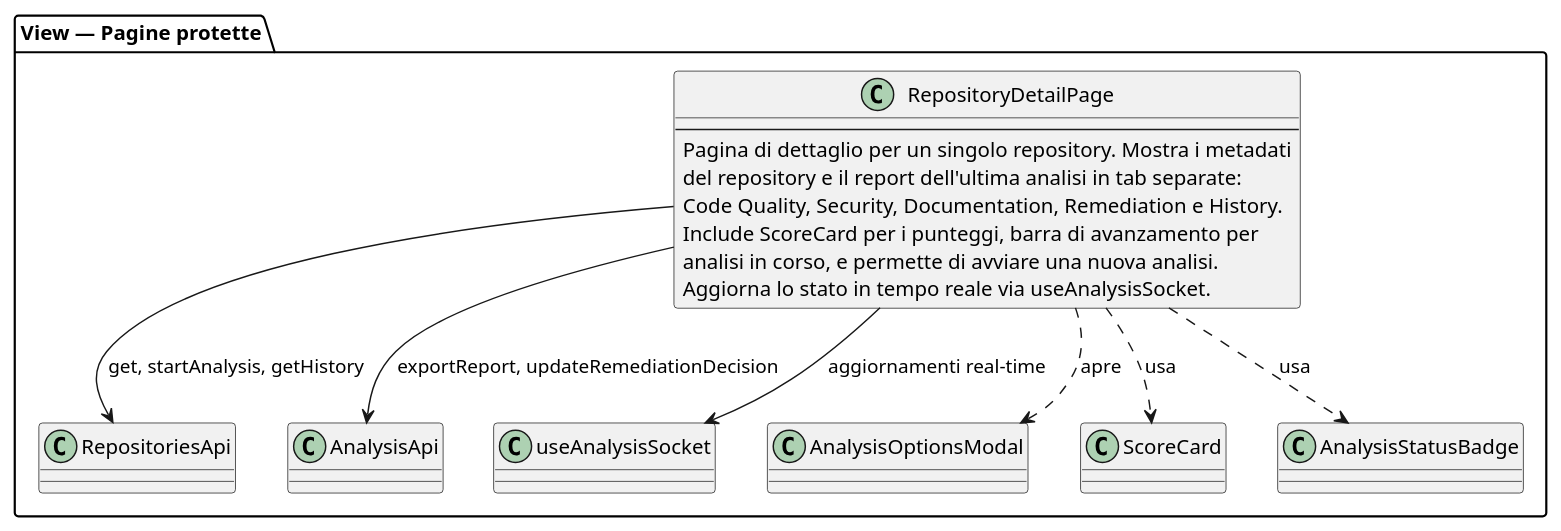
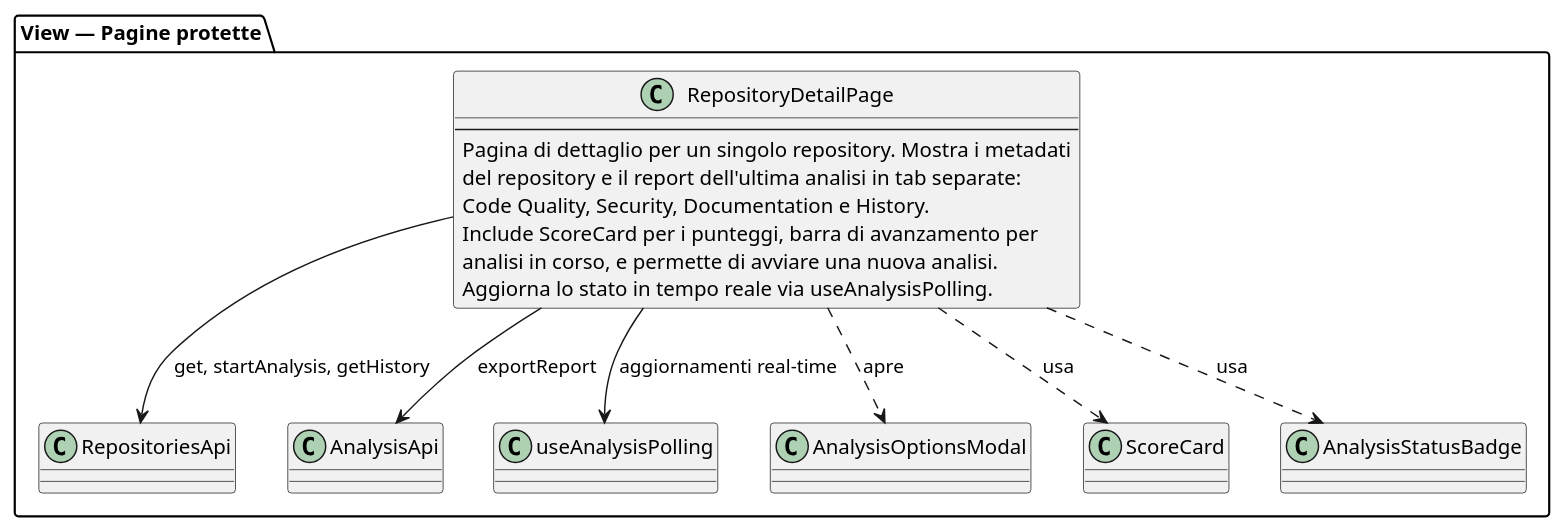
One commit to SkarabGroup/DocumentazioneProgetto changed the diagram in assets/st_diagrams/code/frontend/pages/repository_detail_page.plantuml. Above: the diagram before and after it, drawn with PlantUML. The commit also changed 15 other files, not shown here.

```diff
--- a/assets/st_diagrams/code/frontend/pages/repository_detail_page.plantuml
+++ b/assets/st_diagrams/code/frontend/pages/repository_detail_page.plantuml
@@ -1,20 +1,20 @@
 @startuml
 package "View — Pagine protette" {
   class RepositoryDetailPage {
     --
     Pagina di dettaglio per un singolo repository. Mostra i metadati
     del repository e il report dell'ultima analisi in tab separate:
-    Code Quality, Security, Documentation, Remediation e History.
+    Code Quality, Security, Documentation e History.
     Include ScoreCard per i punteggi, barra di avanzamento per
     analisi in corso, e permette di avviare una nuova analisi.
-    Aggiorna lo stato in tempo reale via useAnalysisSocket.
+    Aggiorna lo stato in tempo reale via useAnalysisPolling.
   }
 
   RepositoryDetailPage --> "RepositoriesApi" : get, startAnalysis, getHistory
-  RepositoryDetailPage --> "AnalysisApi" : exportReport, updateRemediationDecision
-  RepositoryDetailPage --> "useAnalysisSocket" : aggiornamenti real-time
+  RepositoryDetailPage --> "AnalysisApi" : exportReport
+  RepositoryDetailPage --> "useAnalysisPolling" : aggiornamenti real-time
   RepositoryDetailPage ..> "AnalysisOptionsModal" : apre
   RepositoryDetailPage ..> "ScoreCard" : usa
   RepositoryDetailPage ..> "AnalysisStatusBadge" : usa
 }
 @enduml
```
